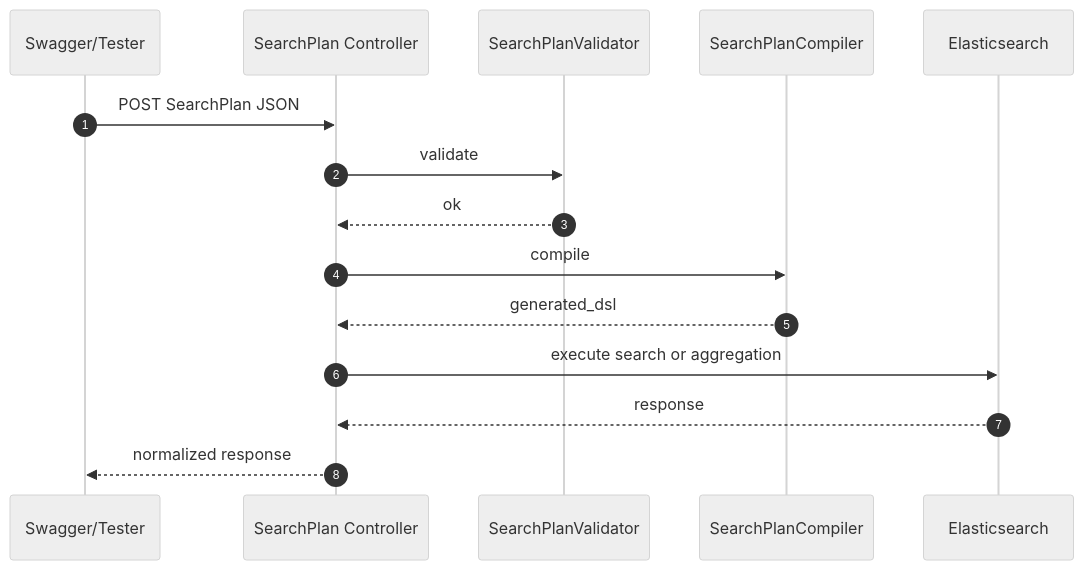
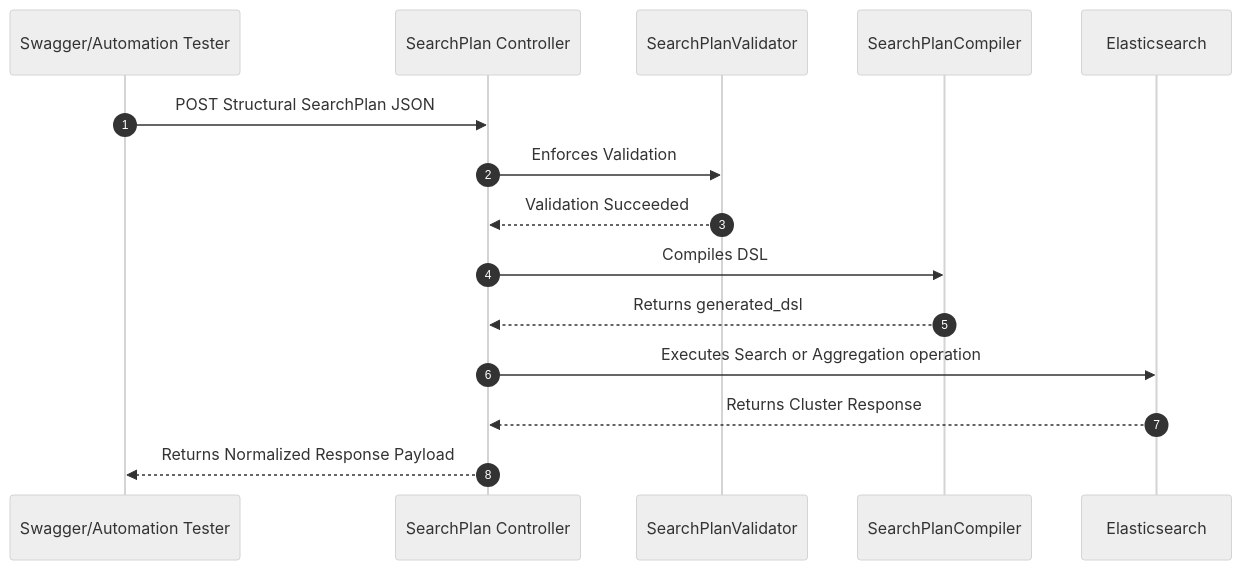
Before and after one commit to PhamVanMinhBinhThuan/soc-ai-search: the fifth of 9 diagrams in docs/sequence-flow.md, drawn with Mermaid (neutral theme). The commit also changed other lines of this file and 7 other files, not shown here.

````diff
--- a/docs/sequence-flow.md
+++ b/docs/sequence-flow.md
@@ -198,18 +218,18 @@
 ```mermaid
 sequenceDiagram
     autonumber
-    participant Client as Swagger/Tester
+    participant Client as Swagger/Automation Tester
     participant API as SearchPlan Controller
     participant Guard as SearchPlanValidator
     participant Compiler as SearchPlanCompiler
     participant ES as Elasticsearch
 
-    Client->>API: POST SearchPlan JSON
-    API->>Guard: validate
-    Guard-->>API: ok
-    API->>Compiler: compile
-    Compiler-->>API: generated_dsl
-    API->>ES: execute search or aggregation
-    ES-->>API: response
-    API-->>Client: normalized response
+    Client->>API: POST Structural SearchPlan JSON
+    API->>Guard: Enforces Validation
+    Guard-->>API: Validation Succeeded
+    API->>Compiler: Compiles DSL
+    Compiler-->>API: Returns generated_dsl
+    API->>ES: Executes Search or Aggregation operation
+    ES-->>API: Returns Cluster Response
+    API-->>Client: Returns Normalized Response Payload
 ```
````
